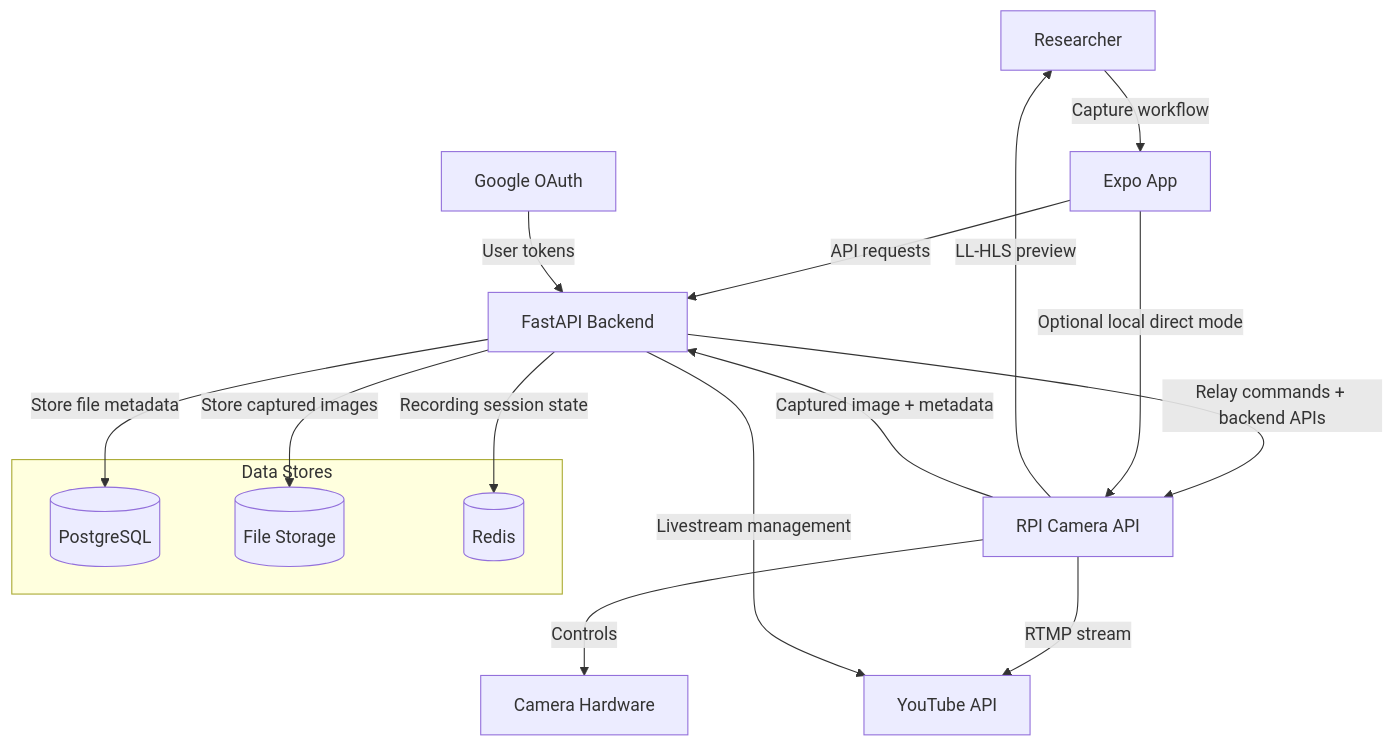
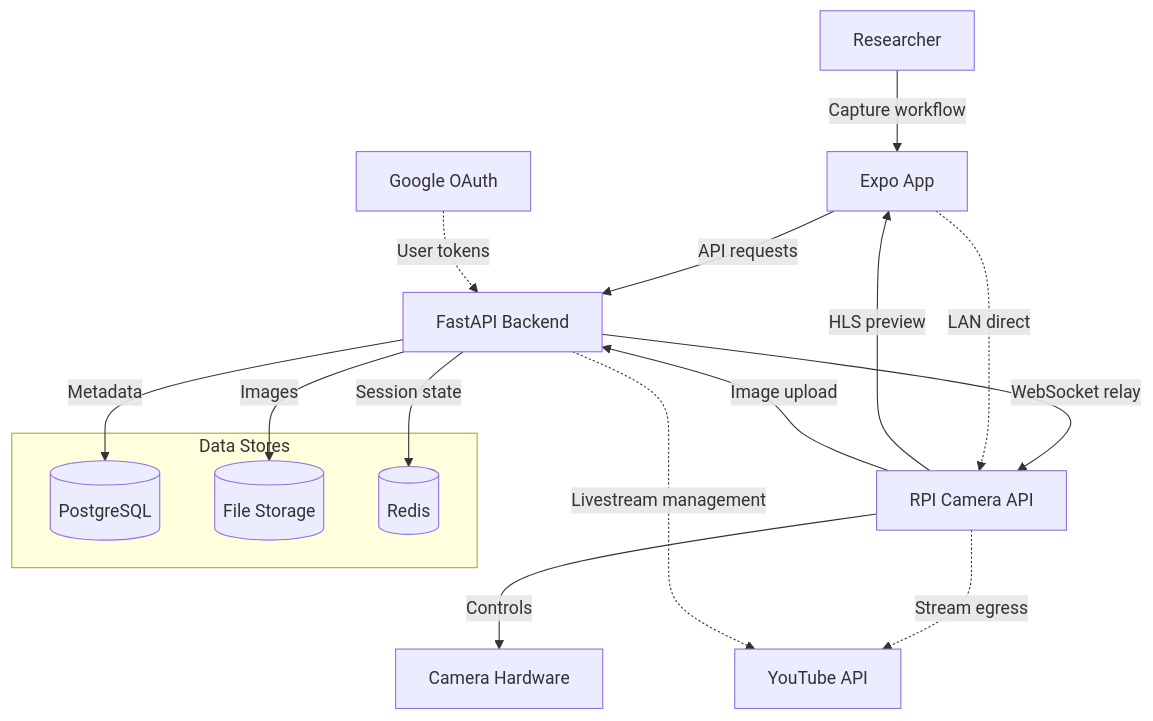
One commit to CMLPlatform/relab changed the first of 2 diagrams in docs/src/content/docs/architecture/rpi-cam.mdx. Above: the diagram before and after it, drawn with Mermaid. The commit also changed other lines of this file and 28 other files, not shown here.

````diff
--- a/docs/src/content/docs/architecture/rpi-cam.mdx
+++ b/docs/src/content/docs/architecture/rpi-cam.mdx
@@ -17,26 +17,26 @@
 ```mermaid
 graph TD
     Researcher[Researcher] -->|Capture workflow| FrontendApp[Expo App]
     FrontendApp -->|API requests| MainAPI[FastAPI Backend]
 
-    MainAPI -->|Relay commands + backend APIs| RpiCamAPI[RPI Camera API]
-    FrontendApp -->|Optional local direct mode| RpiCamAPI
+    MainAPI -->|WebSocket relay| RpiCamAPI[RPI Camera API]
+    FrontendApp -.->|LAN direct| RpiCamAPI
     RpiCamAPI -->|Controls| Camera[Camera Hardware]
 
-    RpiCamAPI -->|LL-HLS preview| Researcher
-    RpiCamAPI -->|RTMP stream| YouTube[YouTube API]
-    RpiCamAPI -->|Captured image + metadata| MainAPI
+    RpiCamAPI -->|HLS preview| FrontendApp
+    RpiCamAPI -.->|Stream egress| YouTube[YouTube API]
+    RpiCamAPI -->|Image upload| MainAPI
 
-    GoogleOAuth[Google OAuth] -->|User tokens| MainAPI
-    MainAPI -->|Livestream management| YouTube
+    GoogleOAuth[Google OAuth] -.->|User tokens| MainAPI
+    MainAPI -.->|Livestream management| YouTube
 
     subgraph DataStores ["Data Stores"]
         Database[(PostgreSQL)]
         FileStorage[(File Storage)]
         Redis[(Redis)]
     end
 
-    MainAPI -->|Store file metadata| Database
-    MainAPI -->|Store captured images| FileStorage
-    MainAPI -->|Recording session state| Redis
+    MainAPI -->|Metadata| Database
+    MainAPI -->|Images| FileStorage
+    MainAPI -->|Session state| Redis
 ```
````
